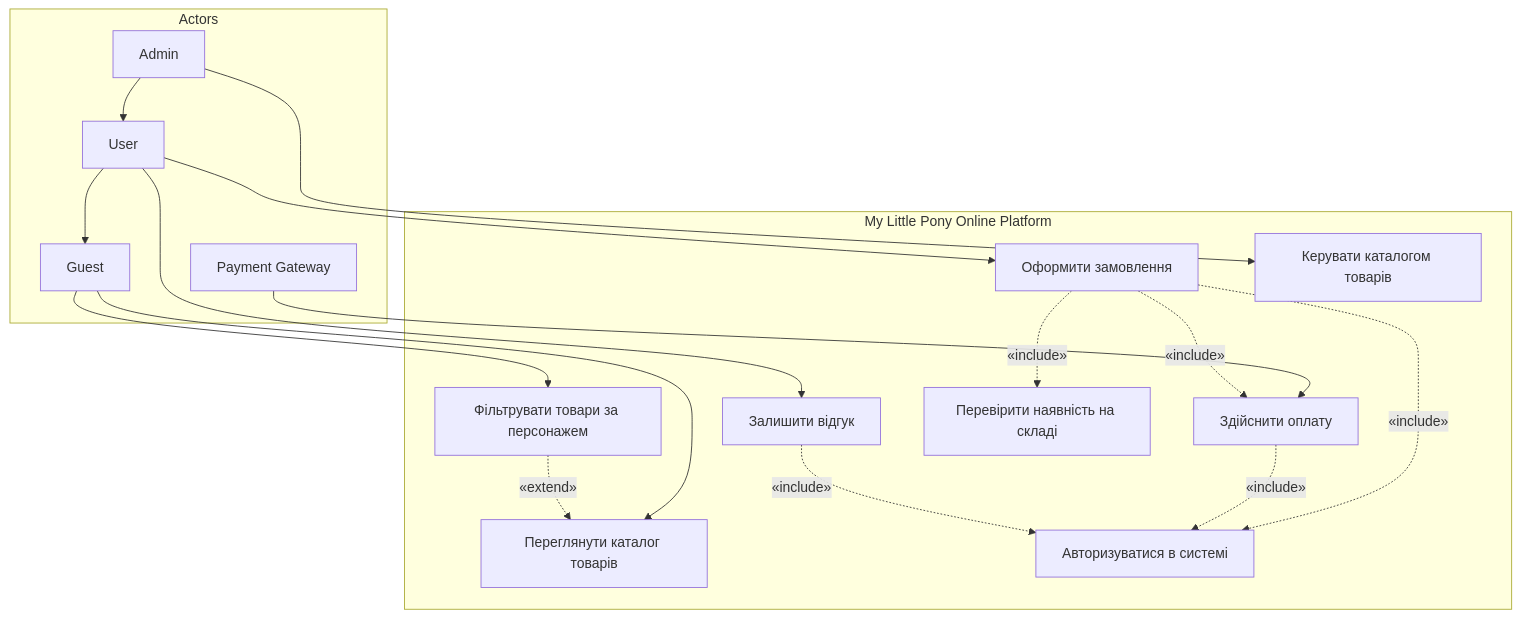
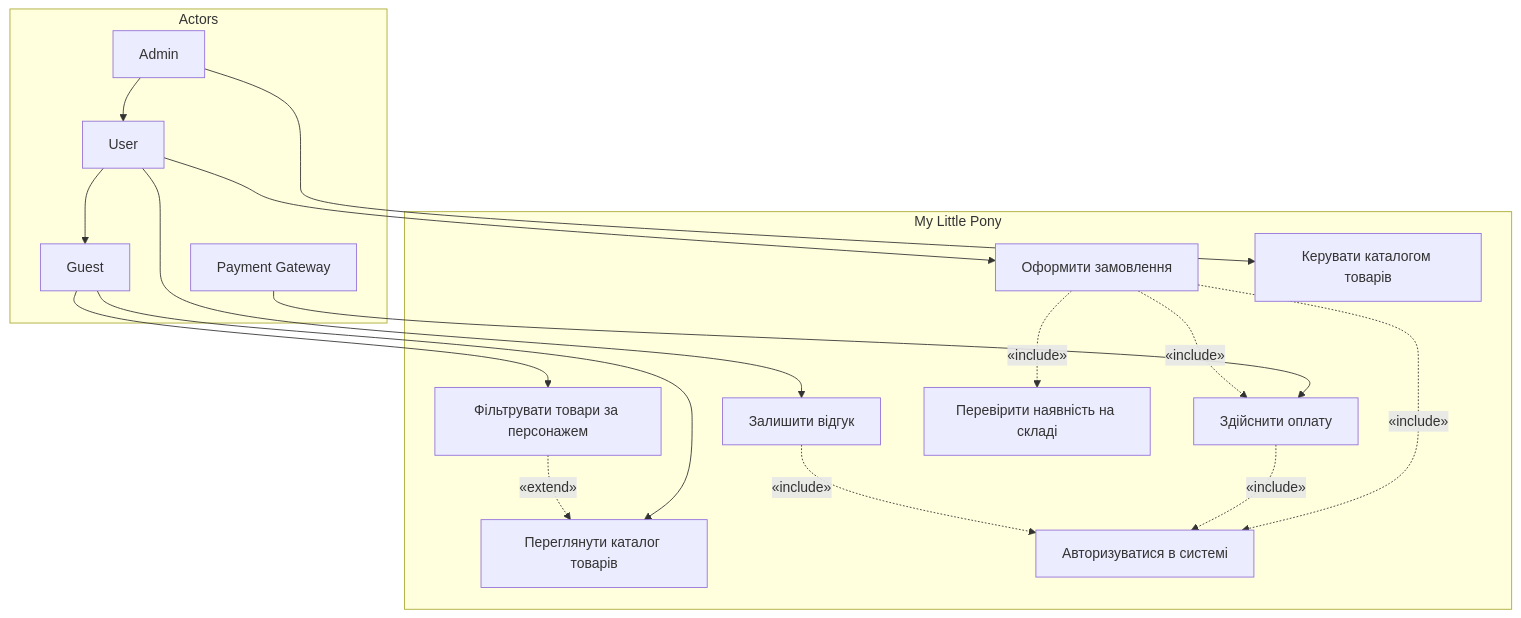
One commit to XxMariavxX/Mavpz-labs changed the diagram in lab2/spec.md. Above: the diagram before and after it, drawn with Mermaid.

Commit message:
refactor: visual md

````diff
--- a/lab2/spec.md
+++ b/lab2/spec.md
@@ -152,40 +152,40 @@
 ```mermaid
 graph TD
     subgraph Actors [Actors]
         Guest[Guest]
         User[User]
         Admin[Admin]
         PaymentGateway[Payment Gateway]
     end
 
     Admin --> User
     User --> Guest
 
-    subgraph Platform [My Little Pony Online Platform]
+    subgraph Platform [My Little Pony]
         UC1[Переглянути каталог товарів]
         UC2[Фільтрувати товари за персонажем]
         UC3[Оформити замовлення]
         UC4[Здійснити оплату]
         UC5[Залишити відгук]
         UC6[Керувати каталогом товарів]
         UC_Auth[Авторизуватися в системі]
         UC_Stock[Перевірити наявність на складі]
     end
 
     Guest --> UC1
     Guest --> UC2
 
     User --> UC3
     User --> UC5
 
     Admin --> UC6
     PaymentGateway --> UC4
 
     UC3 -.->|«include»| UC_Auth
     UC3 -.->|«include»| UC_Stock
     UC3 -.->|«include»| UC4
     UC4 -.->|«include»| UC_Auth
     UC5 -.->|«include»| UC_Auth
     
     UC2 -.->|«extend»| UC1
 ```
````
